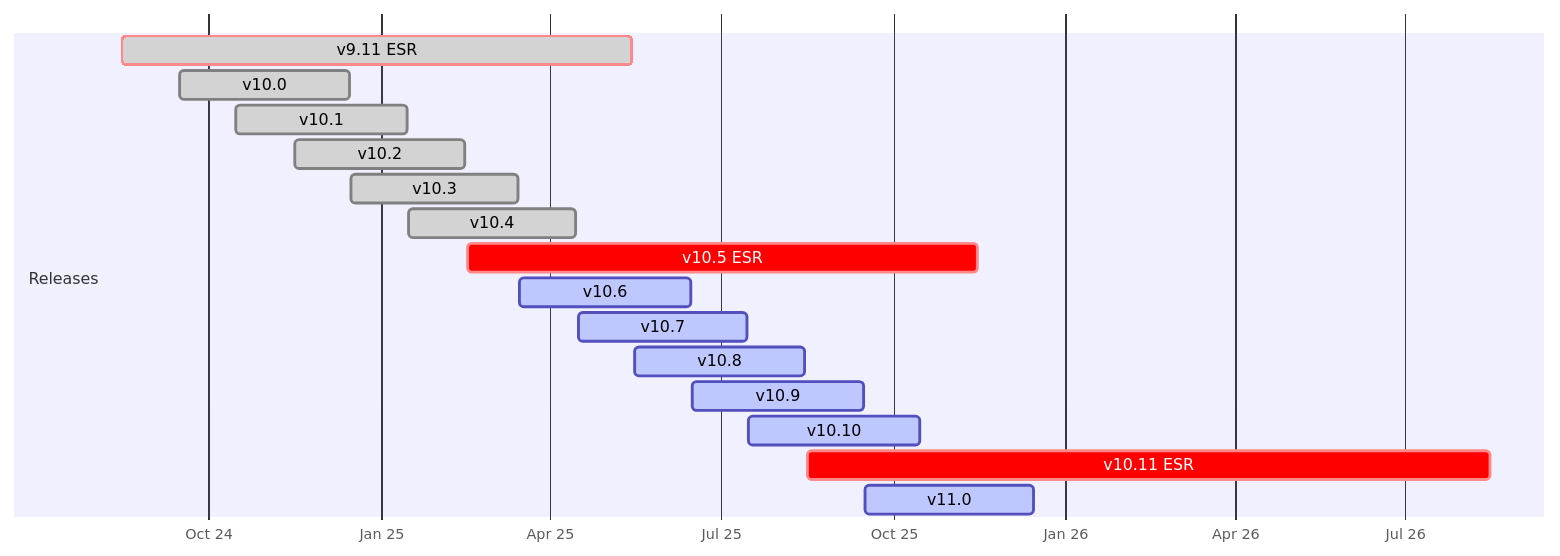
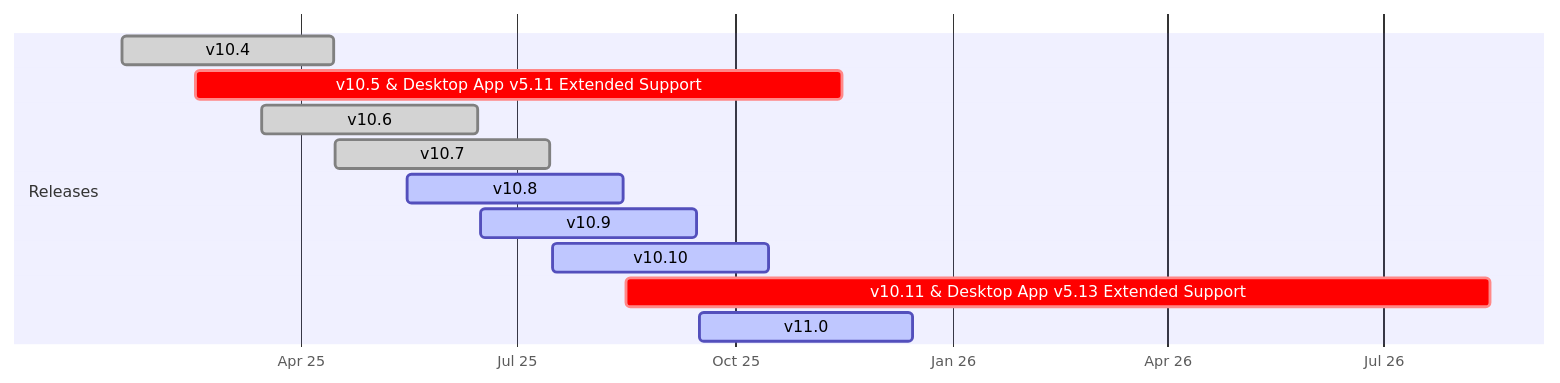
Before and after one commit to mattermost/docs: the diagram in source/about/release-policy.md, drawn with Mermaid. The commit also changed 7 other files, not shown here.

````diff
--- a/source/about/release-policy.md
+++ b/source/about/release-policy.md
@@ -54,22 +54,17 @@
 ```{mermaid}
 
 gantt
     dateFormat  YYYY-MM-DD
     axisFormat  %b %y
 
     section Releases
-    v9.11 ESR           :crit, done, 2024-08-16, 2025-05-15
-    v10.0               :done, 2024-09-16, 2024-12-15
-    v10.1               :done, 2024-10-16, 2025-01-15
-    v10.2               :done, 2024-11-16, 2025-02-15
-    v10.3               :done, 2024-12-16, 2025-03-15
-    v10.4               :done, 2025-01-16, 2025-04-15
-    v10.5 ESR           :crit, 2025-02-16, 2025-11-15
-    v10.6               :active, 2025-03-16, 2025-06-15
-    v10.7               :active, 2025-04-16, 2025-07-15
-    v10.8               :active, 2025-05-16, 2025-08-15
-    v10.9               :active, 2025-06-16, 2025-09-15
-    v10.10              :active, 2025-07-16, 2025-10-15
-    v10.11 ESR          :crit, 2025-08-16, 2026-08-15
-    v11.0               :active, 2025-09-16, 2025-12-15
+    v10.4                  :done,  2025-01-16, 2025-04-15
+    v10.5 & Desktop App v5.11 Extended Support :crit,    2025-02-16, 2025-11-15
+    v10.6                  :done, 2025-03-16, 2025-06-15
+    v10.7                  :done, 2025-04-16, 2025-07-15
+    v10.8                  :active, 2025-05-16, 2025-08-15
+    v10.9                  :active, 2025-06-16, 2025-09-15
+    v10.10                 :active, 2025-07-16, 2025-10-15
+    v10.11 & Desktop App v5.13 Extended Support :crit,    2025-08-16, 2026-08-15
+    v11.0                  :active, 2025-09-16, 2025-12-15
 ```
````
